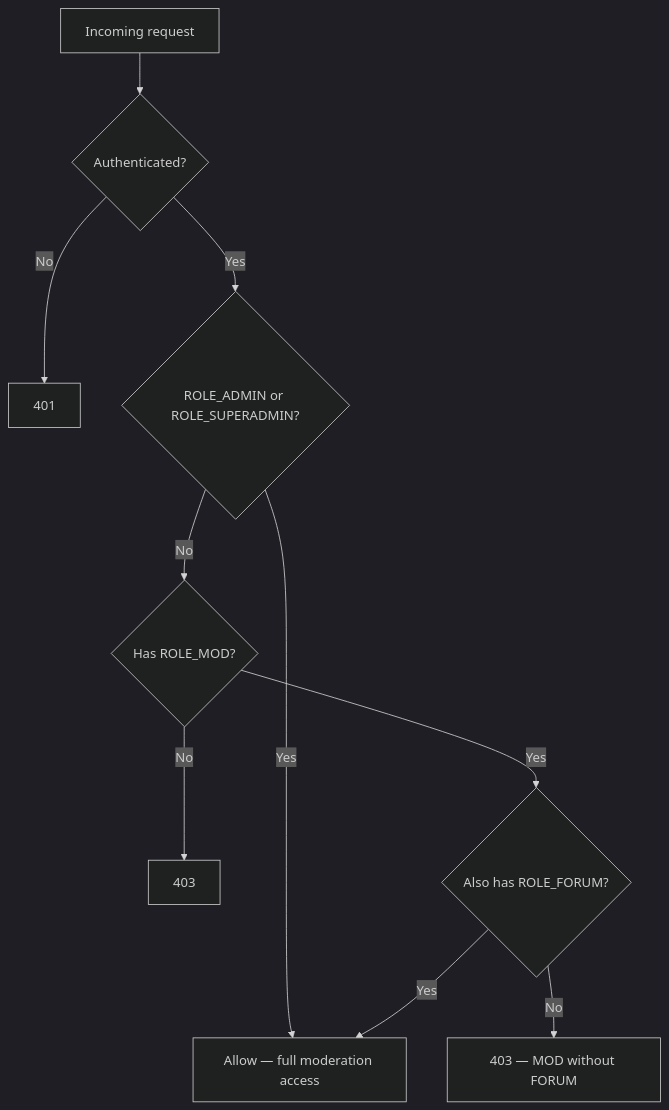
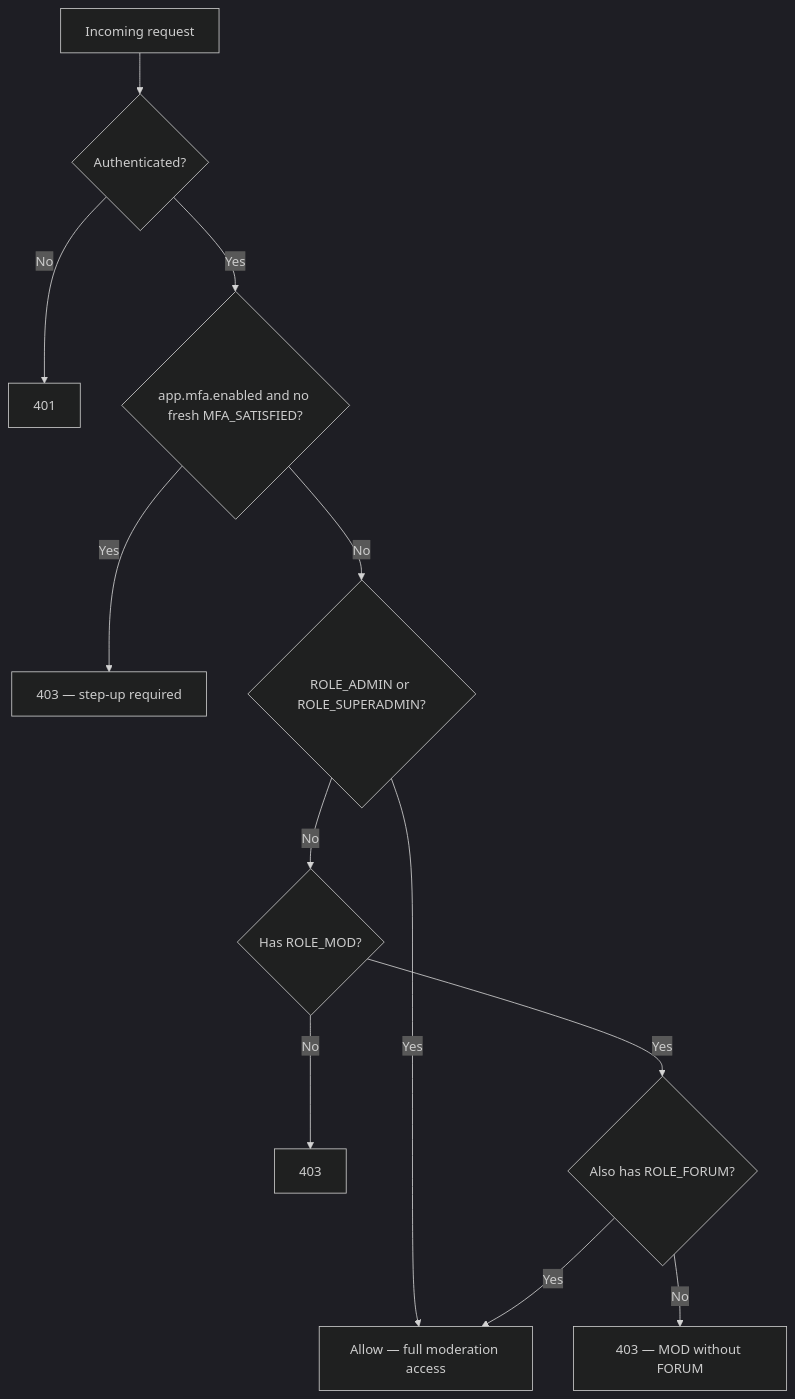
Before and after one commit to hugmesh/hugmesh.github.io: the third of 3 diagrams in content/reference/forum-bff.md, drawn with Mermaid (dark theme). The commit also changed other lines of this file and 34 other files, not shown here.

````diff
--- a/content/reference/forum-bff.md
+++ b/content/reference/forum-bff.md
@@ -181,12 +181,14 @@
 ```mermaid
 flowchart TB
     A[Incoming request] --> B{Authenticated?}
     B -- No --> R1[401]
-    B -- Yes --> C{ROLE_ADMIN or ROLE_SUPERADMIN?}
+    B -- Yes --> M{app.mfa.enabled and no fresh MFA_SATISFIED?}
+    M -- Yes --> R0[403 — step-up required]
+    M -- No --> C{ROLE_ADMIN or ROLE_SUPERADMIN?}
     C -- Yes --> ALLOW[Allow — full moderation access]
     C -- No --> D{Has ROLE_MOD?}
     D -- No --> R2[403]
     D -- Yes --> E{Also has ROLE_FORUM?}
     E -- No --> R3[403 — MOD without FORUM]
     E -- Yes --> ALLOW
 ```
````
